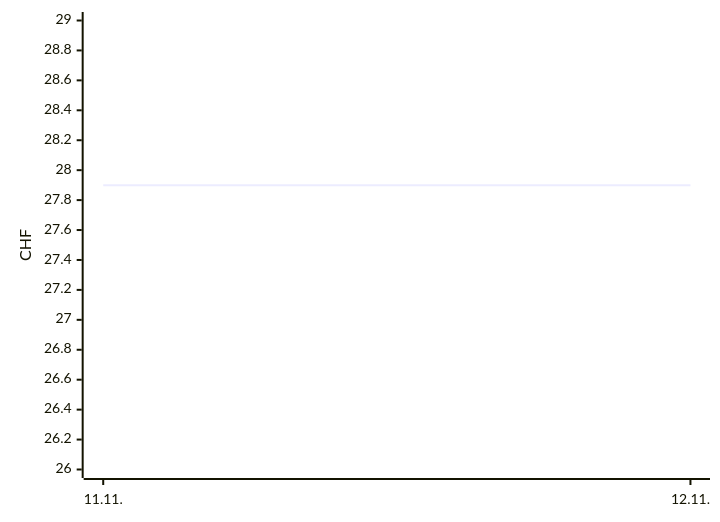
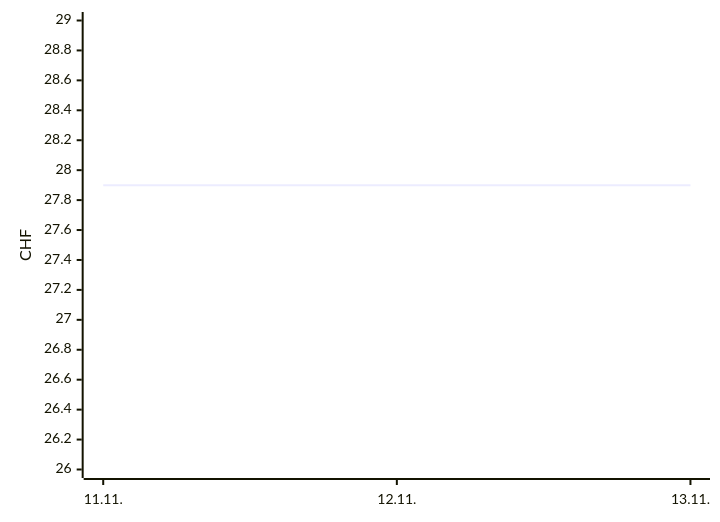
The first of 2 diagrams in README.md (Akira2828/my-Galaxus-MCP), drawn with Mermaid before and after one commit. The commit also changed other lines of this file and 1 other file, not shown here.

````diff
--- a/README.md
+++ b/README.md
@@ -16,6 +16,6 @@
 ```mermaid
 xychart-beta
-  x-axis ["11.11.", "12.11."]
+  x-axis ["11.11.", "12.11.", "13.11."]
   y-axis "CHF" 26 --> 29
-  line [27.9, 27.9]
+  line [27.9, 27.9, 27.9]
 ```
````
